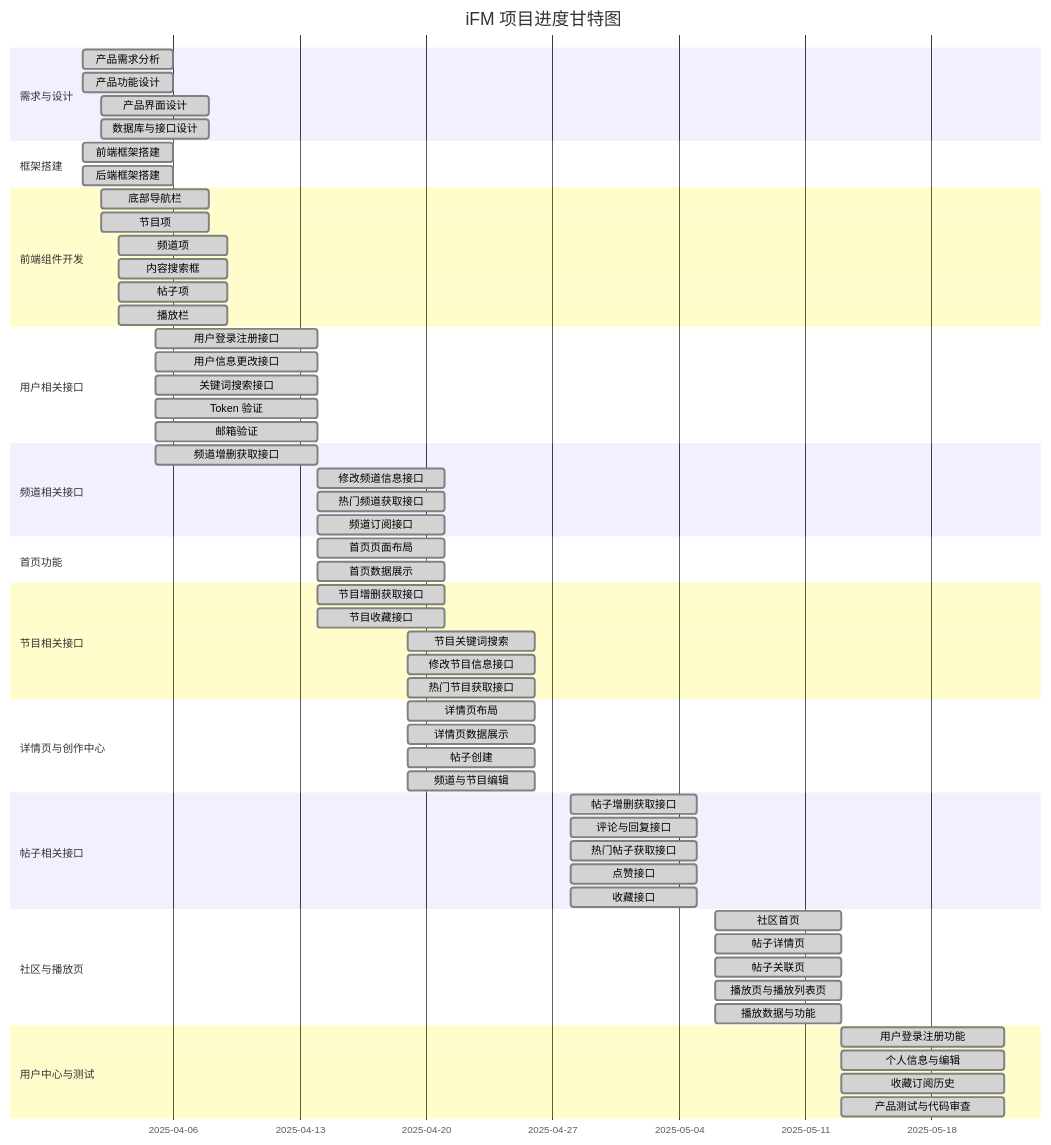
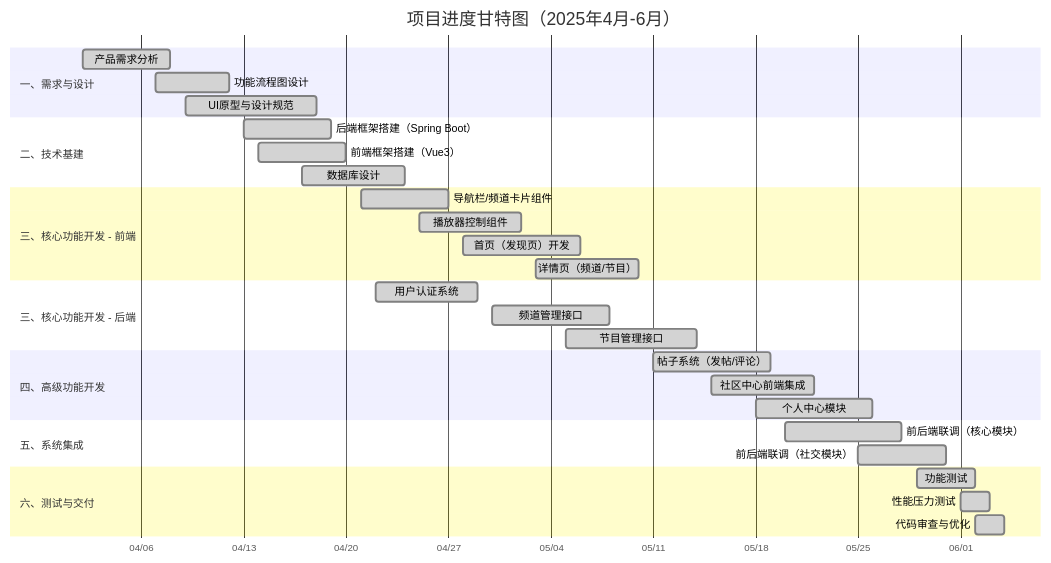
Before and after one commit to 2203Group7/docs: the first of 4 diagrams in 期末文档/期末文档.md, drawn with Mermaid. The commit also changed other lines of this file, not shown here.

````diff
--- a/期末文档/期末文档.md
+++ b/期末文档/期末文档.md
@@ -216,72 +186,41 @@
 ```mermaid
 gantt
-    title iFM 项目进度甘特图
+    title 项目进度甘特图（2025年4月-6月）
     dateFormat  YYYY-MM-DD
-    section 需求与设计
-    产品需求分析           :done, zwn1, 2025-04-01, 5d
-    产品功能设计           :done, zwn2, 2025-04-01, 5d
-    产品界面设计           :done, zwn3, 2025-04-02, 6d
-    数据库与接口设计       :done, zwn4, 2025-04-02, 6d
+    axisFormat  %m/%d
 
-    section 框架搭建
-    前端框架搭建           :done, zwn5, 2025-04-01, 5d
-    后端框架搭建           :done, zwn6, 2025-04-01, 5d
+    section 一、需求与设计
+    产品需求分析               :done, a1, 2025-04-02, 2025-04-08
+    功能流程图设计             :done, a2, 2025-04-07, 2025-04-12
+    UI原型与设计规范           :done, a3, 2025-04-09, 2025-04-18
 
-    section 前端组件开发
-    底部导航栏             :done, zwn7, 2025-04-02, 6d
-    节目项                 :done, zwn8, 2025-04-02, 6d
-    频道项                 :done, zwn9, 2025-04-03, 6d
-    内容搜索框             :done, zwn10, 2025-04-03, 6d
-    帖子项                 :done, xxs1, 2025-04-03, 6d
-    播放栏                 :done, zwn11, 2025-04-03, 6d
+    section 二、技术基建
+    后端框架搭建（Spring Boot） :done, b1, 2025-04-13, 2025-04-19
+    前端框架搭建（Vue3）       :done, b2, 2025-04-14, 2025-04-20
+    数据库设计                 :done, b3, 2025-04-17, 2025-04-24
 
-    section 用户相关接口
-    用户登录注册接口       :done, zwn12, 2025-04-05, 9d
-    用户信息更改接口       :done, zwn13, 2025-04-05, 9d
-    关键词搜索接口         :done, zwn14, 2025-04-05, 9d
-    Token 验证             :done, xxs2, 2025-04-05, 9d
-    邮箱验证               :done, xxs3, 2025-04-05, 9d
+    section 三、核心功能开发 - 前端
+    导航栏/频道卡片组件       :done, c1, 2025-04-21, 2025-04-27
+    播放器控制组件             :done, c2, 2025-04-25, 2025-05-02
+    首页（发现页）开发         :done, c3, 2025-04-28, 2025-05-06
+    详情页（频道/节目）       :done, c4, 2025-05-03, 2025-05-10
 
-    section 频道相关接口
-    频道增删获取接口       :done, zwn15, 2025-04-05, 9d
-    修改频道信息接口       :done, xxs4, 2025-04-14, 7d
-    热门频道获取接口       :done, zwn16, 2025-04-14, 7d
-    频道订阅接口           :done, zwn17, 2025-04-14, 7d
+    section 三、核心功能开发 - 后端
+    用户认证系统               :done, d1, 2025-04-22, 2025-04-29
+    频道管理接口               :done, d2, 2025-04-30, 2025-05-08
+    节目管理接口               :done, d3, 2025-05-05, 2025-05-14
 
-    section 首页功能
-    首页页面布局           :done, xxs5, 2025-04-14, 7d
-    首页数据展示           :done, zwn18, 2025-04-14, 7d
+    section 四、高级功能开发
+    帖子系统（发帖/评论）     :done, e1, 2025-05-11, 2025-05-19
+    社区中心前端集成           :done, e2, 2025-05-15, 2025-05-22
+    个人中心模块               :done, e3, 2025-05-18, 2025-05-26
 
-    section 节目相关接口
-    节目增删获取接口       :done, zwn19, 2025-04-14, 7d
-    节目收藏接口           :done, xxs6, 2025-04-14, 7d
-    节目关键词搜索         :done, xxs7, 2025-04-19, 7d
-    修改节目信息接口       :done, xxs8, 2025-04-19, 7d
-    热门节目获取接口       :done, xxs9, 2025-04-19, 7d
+    section 五、系统集成
+    前后端联调（核心模块）     :done, f1, 2025-05-20, 2025-05-28
+    前后端联调（社交模块）     :done, f2, 2025-05-25, 2025-05-31
 
-    section 详情页与创作中心
-    详情页布局             :done, xxs10, 2025-04-19, 7d
-    详情页数据展示         :done, zwn20, 2025-04-19, 7d
-    帖子创建               :done, xxs11, 2025-04-19, 7d
-    频道与节目编辑         :done, xxs12, 2025-04-19, 7d
-
-    section 帖子相关接口
-    帖子增删获取接口       :done, xxs13, 2025-04-28, 7d
-    评论与回复接口         :done, zwn21, 2025-04-28, 7d
-    热门帖子获取接口       :done, xxs14, 2025-04-28, 7d
-    点赞接口               :done, zwn22, 2025-04-28, 7d
-    收藏接口               :done, xxs15, 2025-04-28, 7d
-
-    section 社区与播放页
-    社区首页               :done, xxs16, 2025-05-06, 7d
-    帖子详情页             :done, zwn23, 2025-05-06, 7d
-    帖子关联页             :done, xxs17, 2025-05-06, 7d
-    播放页与播放列表页     :done, xxs18, 2025-05-06, 7d
-    播放数据与功能         :done, zwn24, 2025-05-06, 7d
-
-    section 用户中心与测试
-    用户登录注册功能       :done, zwn25, 2025-05-13, 9d
-    个人信息与编辑         :done, xxs19, 2025-05-13, 9d
-    收藏订阅历史           :done, xxs20, 2025-05-13, 9d
-    产品测试与代码审查     :done, evan1, 2025-05-13, 9d
+    section 六、测试与交付
+    功能测试                   :done, g1, 2025-05-29, 2025-06-02
+    性能压力测试               :done, g2, 2025-06-01, 2025-06-03
+    代码审查与优化             :done, g3, 2025-06-02, 2025-06-04
 ```
````
